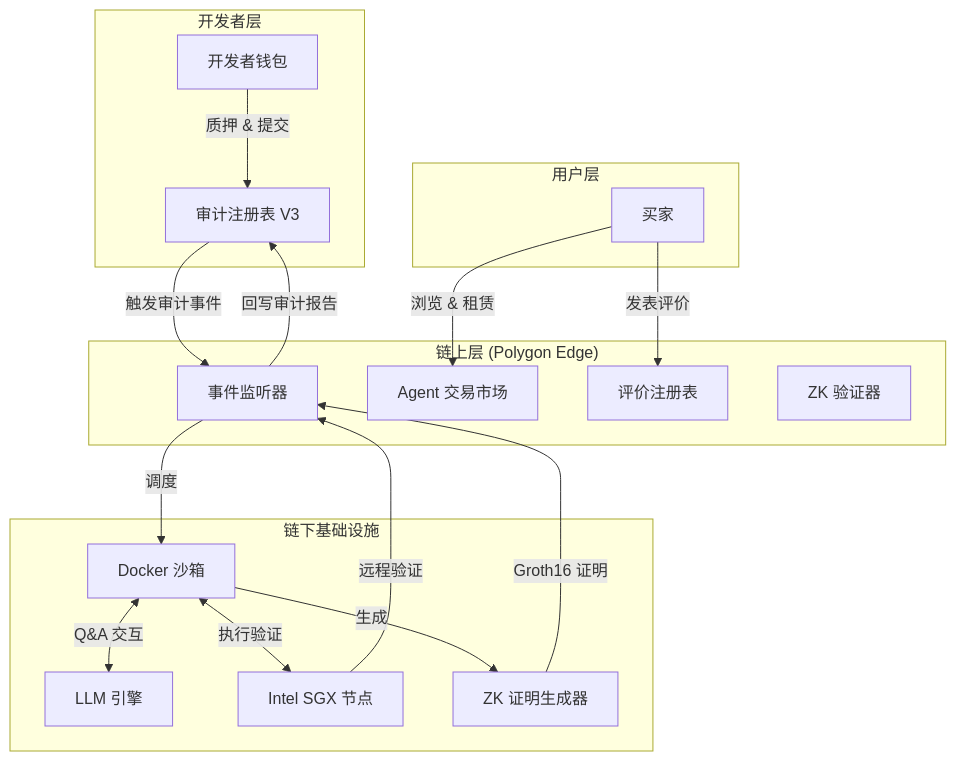
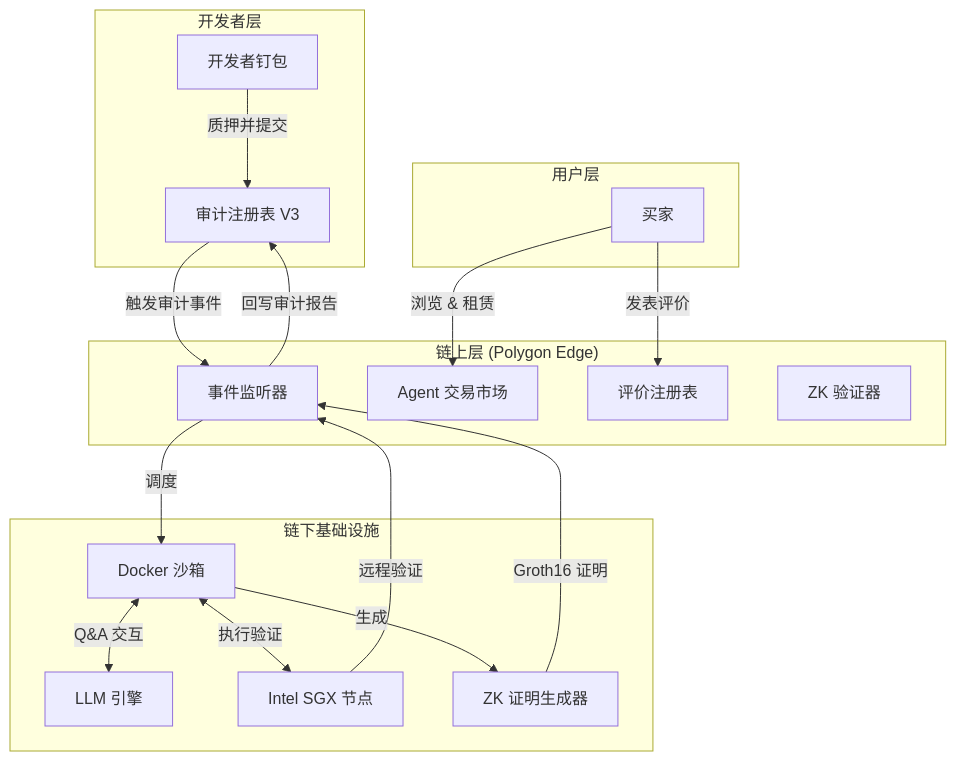
The diagram in README_CN.md (ZhangJinHaHaHa/AgentLens), drawn with Mermaid before and after one commit. The commit also changed other lines of this file and 1 other file, not shown here.

Commit message:
refactor: rename to AgentLens across frontend + README (EN/CN), add Popo story, fix Mermaid syntax

````diff
--- a/README_CN.md
+++ b/README_CN.md
@@ -39,29 +39,29 @@
 ```mermaid
 graph TD
     subgraph "开发者层"
-        D[开发者钱包] -->|质押 & 提交| R
+        D[开发者钉包] -->|质押并提交| R
     end
 
     subgraph "链上层 (Polygon Edge)"
         R[审计注册表 V3] -->|触发审计事件| L
         M[Agent 交易市场]
         Rev[评价注册表]
         Z[ZK 验证器]
     end
 
     subgraph "链下基础设施"
         L[事件监听器] -->|调度| S
         S[Docker 沙箱] <-->|Q&A 交互| LLM[LLM 引擎]
         S <-->|执行验证| TEE[Intel SGX 节点]
         S -->|生成| ZKP[ZK 证明生成器]
         
         TEE -->|远程验证| L
         ZKP -->|Groth16 证明| L
         L -->|回写审计报告| R
     end
 
     subgraph "用户层"
         B[买家] -->|浏览 & 租赁| M
         B -->|发表评价| Rev
     end
 ```
````
